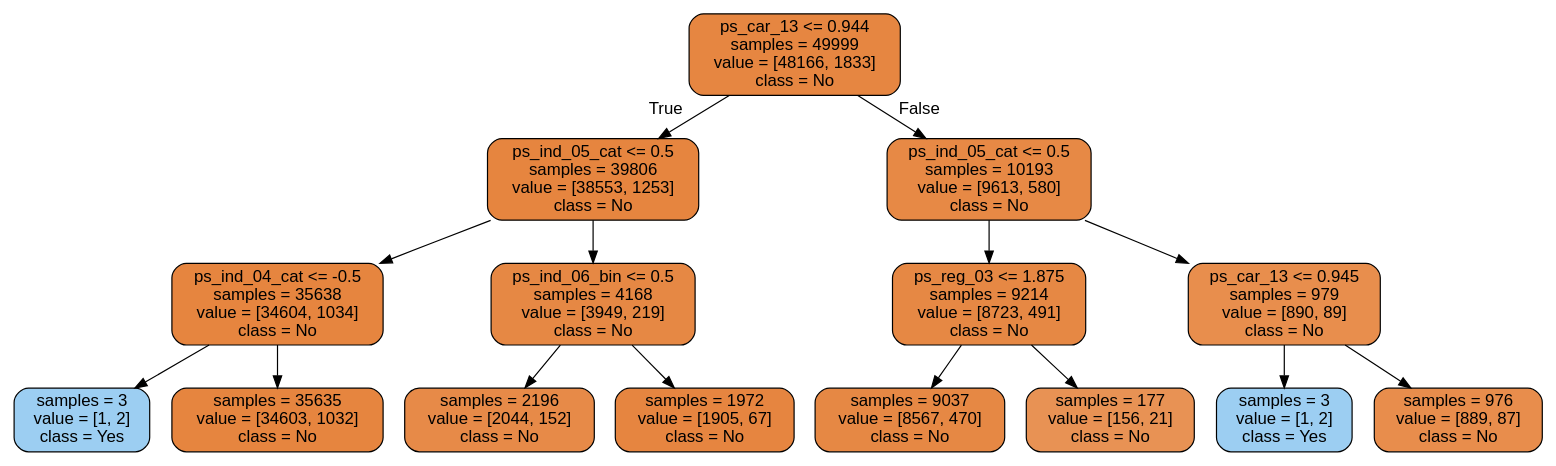
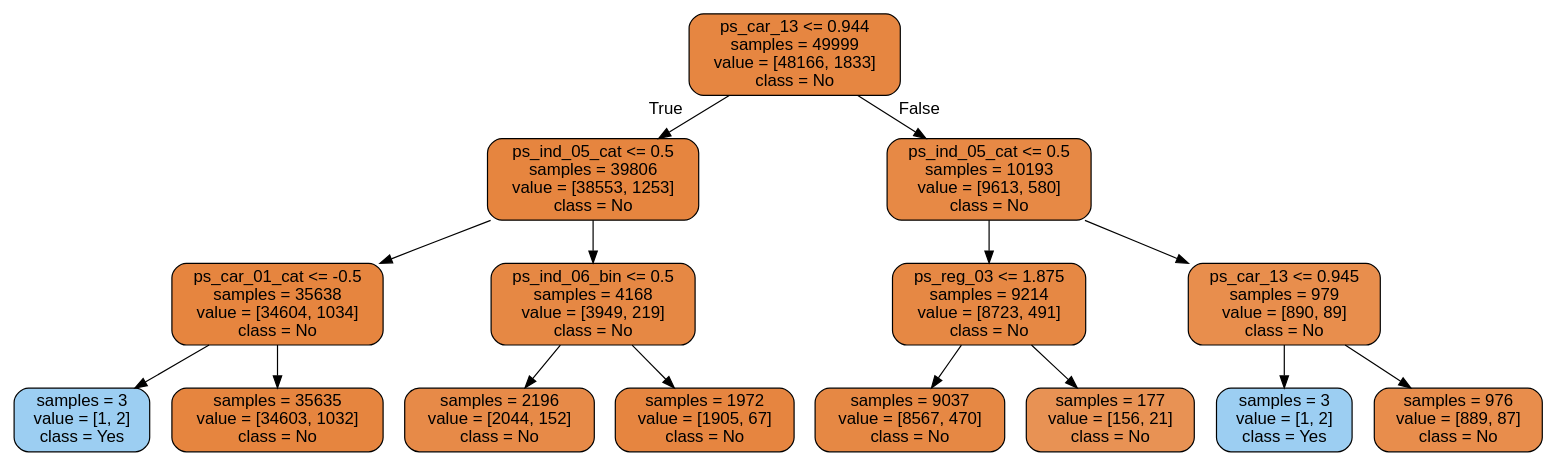
Before and after one commit to slothnap/kaggle_list: the diagram in PortoSeguro/tree1.dot, drawn with Graphviz. The commit also changed 5 other files, not shown here.

```diff
--- a/PortoSeguro/tree1.dot
+++ b/PortoSeguro/tree1.dot
@@ -1,33 +1,33 @@
 digraph Tree {
 node [shape=box, style="filled, rounded", color="black", fontname=helvetica] ;
 edge [fontname=helvetica] ;
 0 [label="ps_car_13 <= 0.944\nsamples = 49999\nvalue = [48166, 1833]\nclass = No", fillcolor="#e68641"] ;
 1 [label="ps_ind_05_cat <= 0.5\nsamples = 39806\nvalue = [38553, 1253]\nclass = No", fillcolor="#e6853f"] ;
 0 -> 1 [labeldistance=2.5, labelangle=45, headlabel="True"] ;
-2 [label="ps_ind_04_cat <= -0.5\nsamples = 35638\nvalue = [34604, 1034]\nclass = No", fillcolor="#e6853f"] ;
+2 [label="ps_car_01_cat <= -0.5\nsamples = 35638\nvalue = [34604, 1034]\nclass = No", fillcolor="#e6853f"] ;
 1 -> 2 ;
 3 [label="samples = 3\nvalue = [1, 2]\nclass = Yes", fillcolor="#9ccef2"] ;
 2 -> 3 ;
 4 [label="samples = 35635\nvalue = [34603, 1032]\nclass = No", fillcolor="#e6853f"] ;
 2 -> 4 ;
 5 [label="ps_ind_06_bin <= 0.5\nsamples = 4168\nvalue = [3949, 219]\nclass = No", fillcolor="#e68844"] ;
 1 -> 5 ;
 6 [label="samples = 2196\nvalue = [2044, 152]\nclass = No", fillcolor="#e78a48"] ;
 5 -> 6 ;
 7 [label="samples = 1972\nvalue = [1905, 67]\nclass = No", fillcolor="#e68540"] ;
 5 -> 7 ;
 8 [label="ps_ind_05_cat <= 0.5\nsamples = 10193\nvalue = [9613, 580]\nclass = No", fillcolor="#e78945"] ;
 0 -> 8 [labeldistance=2.5, labelangle=-45, headlabel="False"] ;
 9 [label="ps_reg_03 <= 1.875\nsamples = 9214\nvalue = [8723, 491]\nclass = No", fillcolor="#e68844"] ;
 8 -> 9 ;
 10 [label="samples = 9037\nvalue = [8567, 470]\nclass = No", fillcolor="#e68844"] ;
 9 -> 10 ;
 11 [label="samples = 177\nvalue = [156, 21]\nclass = No", fillcolor="#e89254"] ;
 9 -> 11 ;
 12 [label="ps_car_13 <= 0.945\nsamples = 979\nvalue = [890, 89]\nclass = No", fillcolor="#e88e4d"] ;
 8 -> 12 ;
 13 [label="samples = 3\nvalue = [1, 2]\nclass = Yes", fillcolor="#9ccef2"] ;
 12 -> 13 ;
 14 [label="samples = 976\nvalue = [889, 87]\nclass = No", fillcolor="#e88d4c"] ;
 12 -> 14 ;
 }
```
